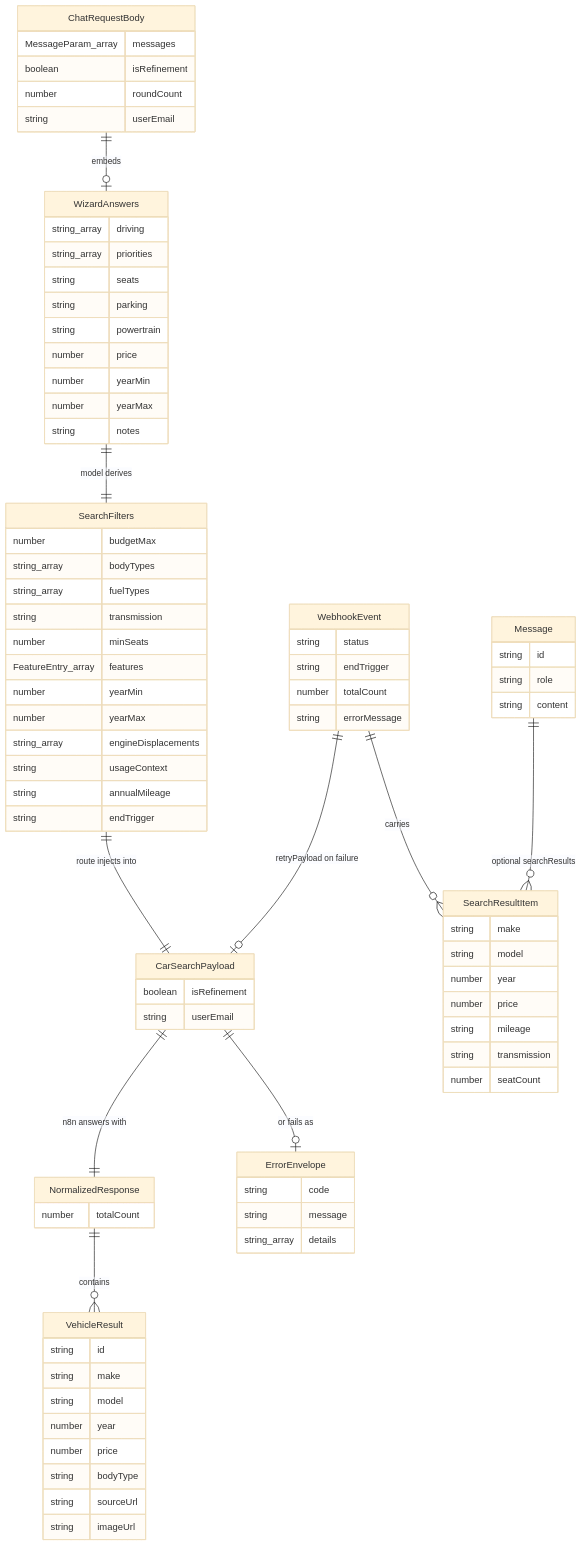
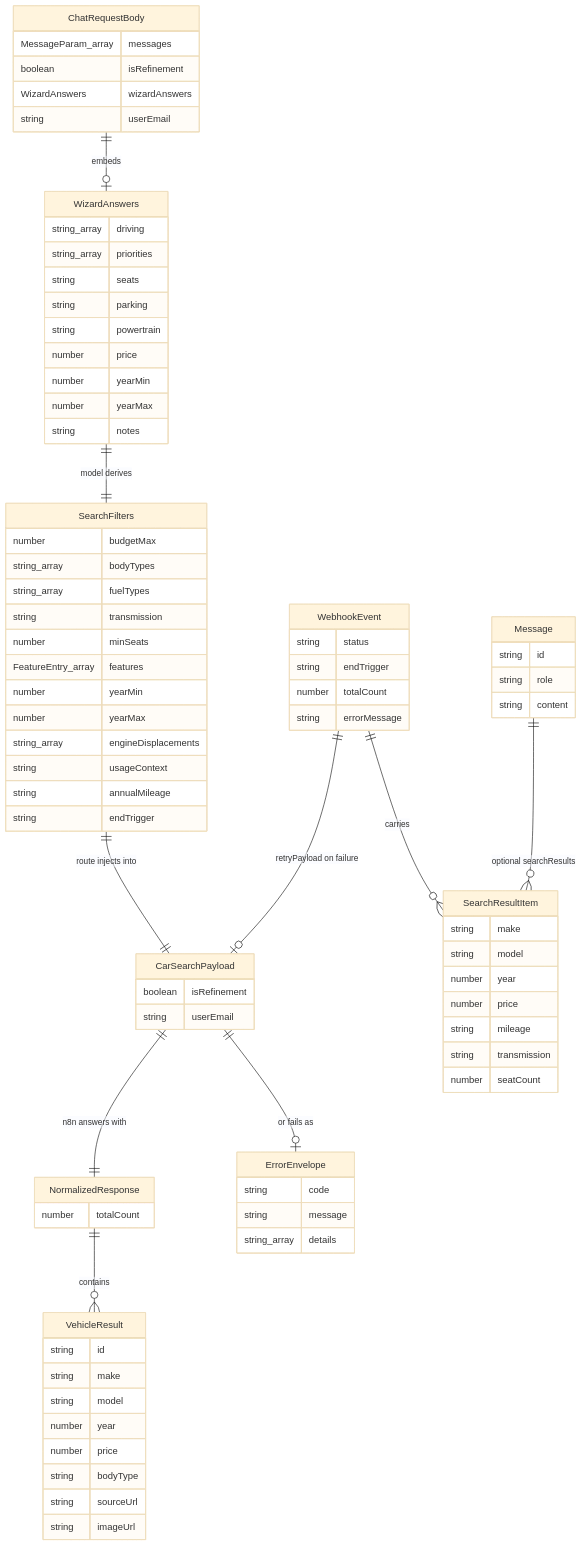
One commit to krisztiannyiri/ai-car-buying-assistant changed the fifth of 6 diagrams in ARCHITECTURE.md. Above: the diagram before and after it, drawn with Mermaid (base theme). The commit also changed other lines of this file and 33 other files, not shown here.

```diff
--- a/ARCHITECTURE.md
+++ b/ARCHITECTURE.md
@@ -423,7 +469,7 @@
     ChatRequestBody {
         MessageParam_array messages
         boolean isRefinement
-        number roundCount
+        WizardAnswers wizardAnswers
         string userEmail
     }
     SearchFilters {
```
